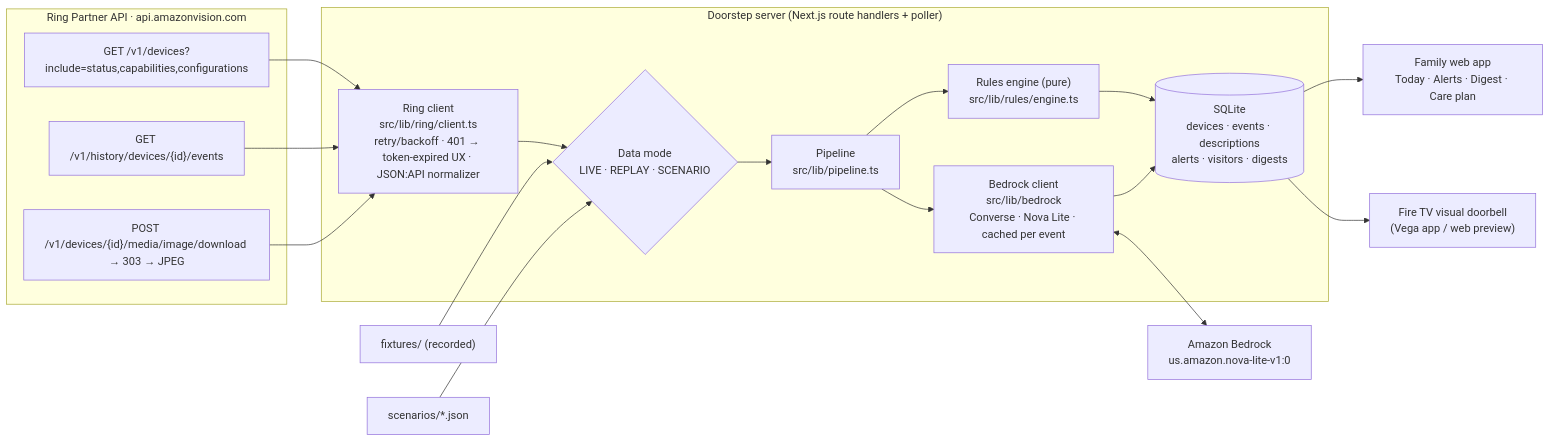
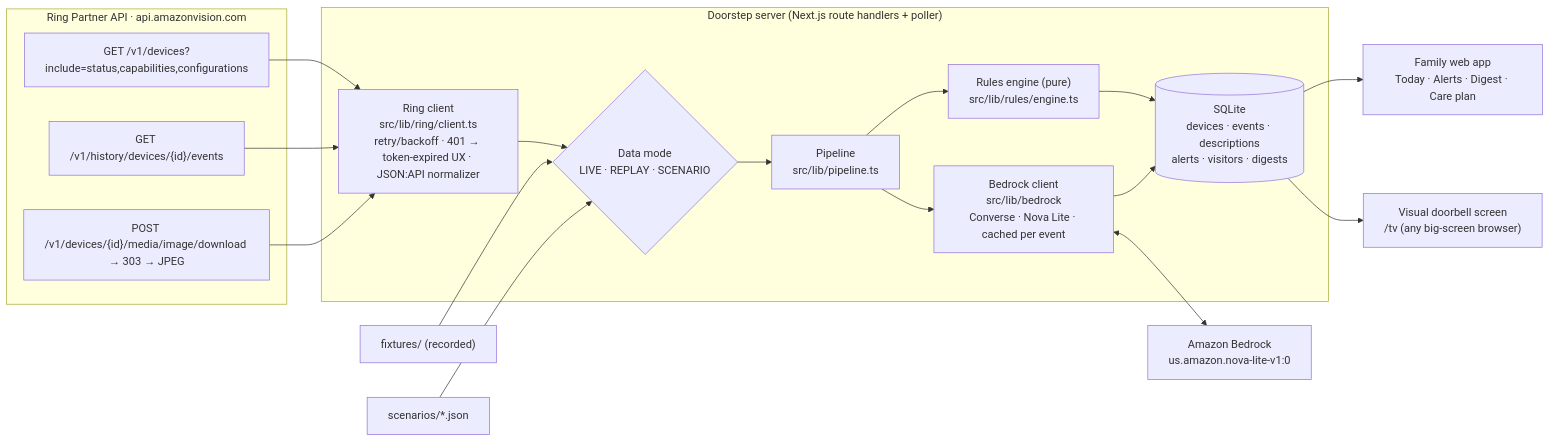
One commit to breakthrough-child/doorstep changed the diagram in README.md. Above: the diagram before and after it, drawn with Mermaid. The commit also changed other lines of this file and 20 other files, not shown here.

Commit message:
Record real Ring Playground fixtures (1080p snapshot), retire placeholders; request 1920x1080 snapshots; surface pre-signed-host errors; Playground + Vega friction entries; drop Fire TV track

````diff
--- a/README.md
+++ b/README.md
@@ -47,28 +47,28 @@
 ```mermaid
 flowchart LR
   subgraph Ring["Ring Partner API · api.amazonvision.com"]
     D["GET /v1/devices?include=status,capabilities,configurations"]
     H["GET /v1/history/devices/{id}/events"]
     S["POST /v1/devices/{id}/media/image/download → 303 → JPEG"]
   end
   subgraph Server["Doorstep server (Next.js route handlers + poller)"]
     RC["Ring client<br/>src/lib/ring/client.ts<br/>retry/backoff · 401 → token-expired UX · JSON:API normalizer"]
     SRC{"Data mode<br/>LIVE · REPLAY · SCENARIO"}
     P["Pipeline<br/>src/lib/pipeline.ts"]
     BR["Bedrock client<br/>src/lib/bedrock<br/>Converse · Nova Lite · cached per event"]
     R["Rules engine (pure)<br/>src/lib/rules/engine.ts"]
     DB[("SQLite<br/>devices · events · descriptions<br/>alerts · visitors · digests")]
   end
   AWS["Amazon Bedrock<br/>us.amazon.nova-lite-v1:0"]
   UI["Family web app<br/>Today · Alerts · Digest · Care plan"]
-  TV["Fire TV visual doorbell<br/>(Vega app / web preview)"]
+  TV["Visual doorbell screen<br/>/tv (any big-screen browser)"]
 
   D & H & S --> RC --> SRC
   FX["fixtures/ (recorded)"] --> SRC
   SC["scenarios/*.json"] --> SRC
   SRC --> P --> BR <--> AWS
   P --> R --> DB
   BR --> DB
   DB --> UI
   DB --> TV
 ```
````
